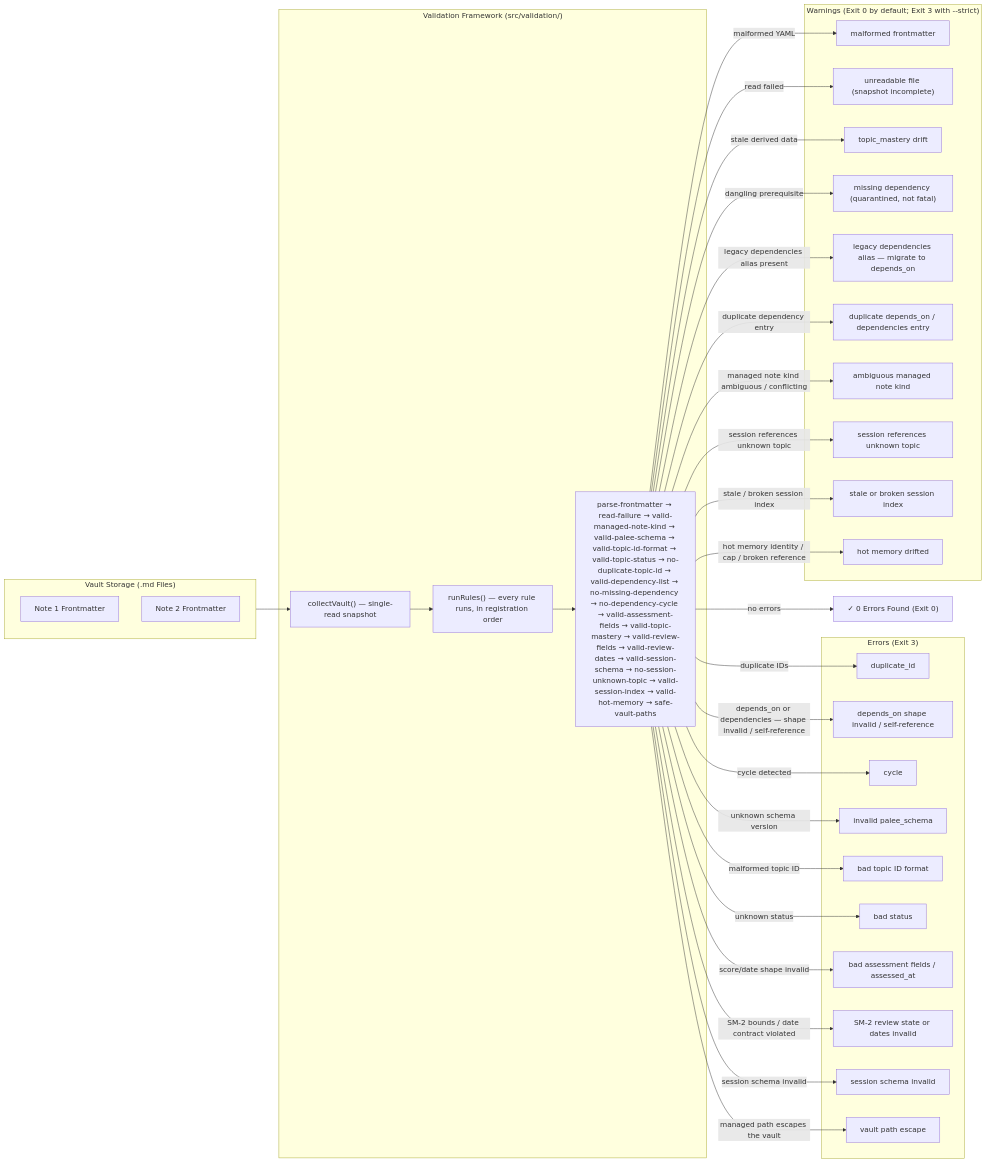
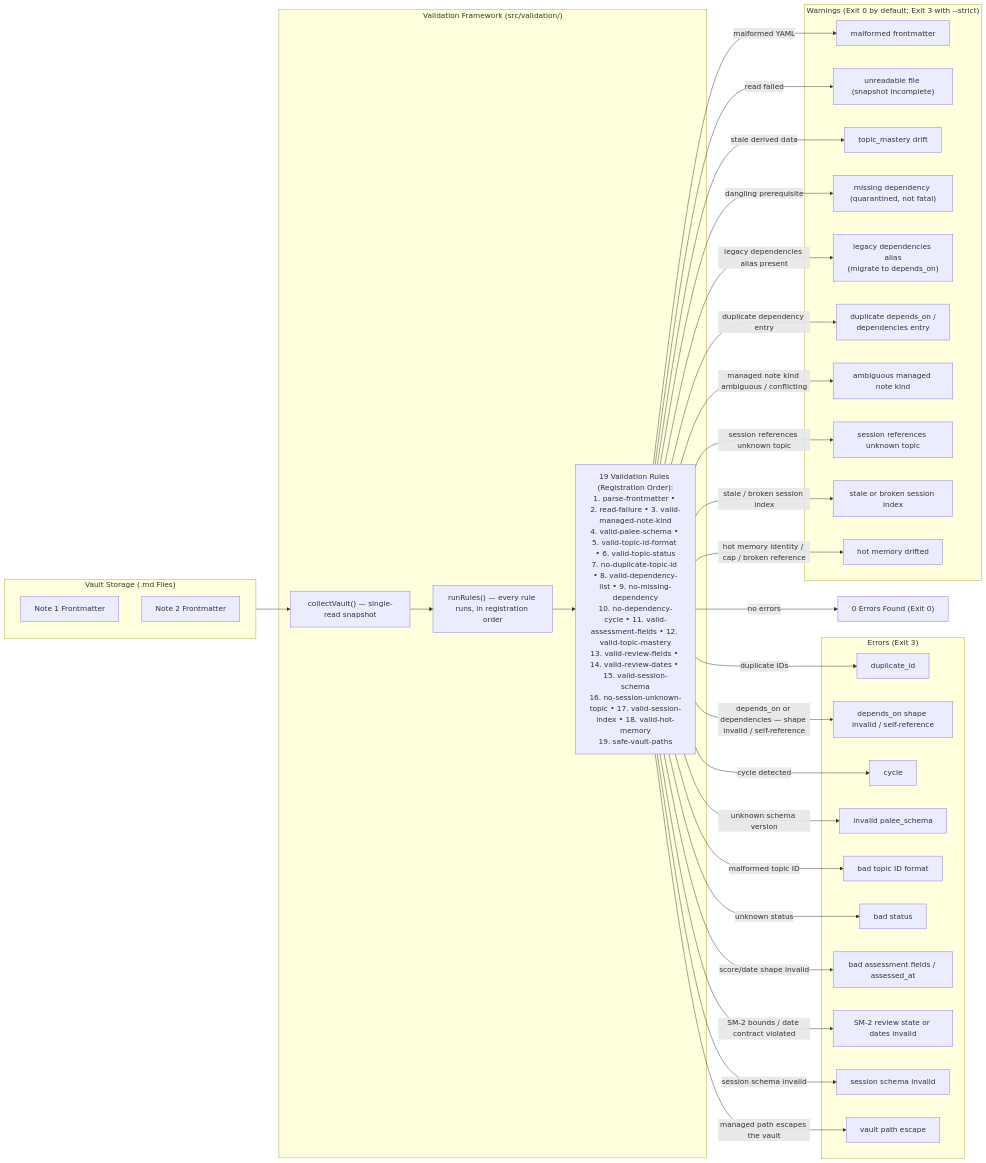
Before and after one commit to Kuldeep2822k/cli: the second of 2 diagrams in docs/02-3-reporting-commands.md, drawn with Mermaid. The commit also changed other lines of this file and 21 other files, not shown here.

Commit message:
docs: resolve documentation audit drift, navigation gaps, and diagram layouts

````diff
--- a/docs/02-3-reporting-commands.md
+++ b/docs/02-3-reporting-commands.md
@@ -214,64 +214,64 @@
 ```mermaid
 flowchart LR
     subgraph Storage ["Vault Storage (.md Files)"]
         FM1["Note 1 Frontmatter"]
         FM2["Note 2 Frontmatter"]
     end
     
     subgraph Analyzer ["Validation Framework (src/validation/)"]
         Scan["collectVault() — single-read snapshot"]
         Runner["runRules() — every rule runs, in registration order"]
-        Rules["parse-frontmatter → read-failure → valid-managed-note-kind → valid-palee-schema → valid-topic-id-format → valid-topic-status → no-duplicate-topic-id → valid-dependency-list → no-missing-dependency → no-dependency-cycle → valid-assessment-fields → valid-topic-mastery → valid-review-fields → valid-review-dates → valid-session-schema → no-session-unknown-topic → valid-session-index → valid-hot-memory → safe-vault-paths"]
+        Rules["19 Validation Rules (Registration Order):<br/>1. parse-frontmatter • 2. read-failure • 3. valid-managed-note-kind<br/>4. valid-palee-schema • 5. valid-topic-id-format • 6. valid-topic-status<br/>7. no-duplicate-topic-id • 8. valid-dependency-list • 9. no-missing-dependency<br/>10. no-dependency-cycle • 11. valid-assessment-fields • 12. valid-topic-mastery<br/>13. valid-review-fields • 14. valid-review-dates • 15. valid-session-schema<br/>16. no-session-unknown-topic • 17. valid-session-index • 18. valid-hot-memory<br/>19. safe-vault-paths"]
     end
     
     subgraph Errors ["Errors (Exit 3)"]
         ErrDup["duplicate_id"]
         ErrDepShape["depends_on shape invalid / self-reference"]
         ErrCyc["cycle"]
         ErrSchema["invalid palee_schema"]
         ErrId["bad topic ID format"]
         ErrStatus["bad status"]
         ErrAssess["bad assessment fields / assessed_at"]
         ErrReview["SM-2 review state or dates invalid"]
         ErrSession["session schema invalid"]
         ErrPaths["vault path escape"]
     end
 
     subgraph Warnings ["Warnings (Exit 0 by default; Exit 3 with --strict)"]
         WarnParse["malformed frontmatter"]
         WarnRead["unreadable file (snapshot incomplete)"]
         WarnMastery["topic_mastery drift"]
         WarnMiss["missing dependency (quarantined, not fatal)"]
-        WarnDepLegacy["legacy dependencies alias — migrate to depends_on"]
-        WarnDepDup["duplicate depends_on / dependencies entry"]
+        WarnDepLegacy["legacy dependencies alias<br/>(migrate to depends_on)"]
+        WarnDepDup["duplicate depends_on /<br/>dependencies entry"]
         WarnKind["ambiguous managed note kind"]
         WarnSessionTopic["session references unknown topic"]
         WarnIndex["stale or broken session index"]
         WarnHot["hot memory drifted"]
     end
     
     Storage --> Scan
     Scan --> Runner
     Runner --> Rules
     Rules -->|"duplicate IDs"| ErrDup
     Rules -->|"dangling prerequisite"| WarnMiss
     Rules -->|"depends_on or dependencies — shape invalid / self-reference"| ErrDepShape
     Rules -->|"cycle detected"| ErrCyc
     Rules -->|"unknown schema version"| ErrSchema
     Rules -->|"malformed topic ID"| ErrId
     Rules -->|"unknown status"| ErrStatus
     Rules -->|"score/date shape invalid"| ErrAssess
     Rules -->|"SM-2 bounds / date contract violated"| ErrReview
     Rules -->|"legacy dependencies alias present"| WarnDepLegacy
     Rules -->|"duplicate dependency entry"| WarnDepDup
     Rules -->|"managed note kind ambiguous / conflicting"| WarnKind
     Rules -->|"session schema invalid"| ErrSession
     Rules -->|"session references unknown topic"| WarnSessionTopic
     Rules -->|"stale / broken session index"| WarnIndex
     Rules -->|"hot memory identity / cap / broken reference"| WarnHot
     Rules -->|"managed path escapes the vault"| ErrPaths
     Rules -->|"malformed YAML"| WarnParse
     Rules -->|"read failed"| WarnRead
     Rules -->|"stale derived data"| WarnMastery
-    Rules -->|"no errors"| Success["✓ 0 Errors Found (Exit 0)"]
+    Rules -->|"no errors"| Success["0 Errors Found (Exit 0)"]
 ```
````
